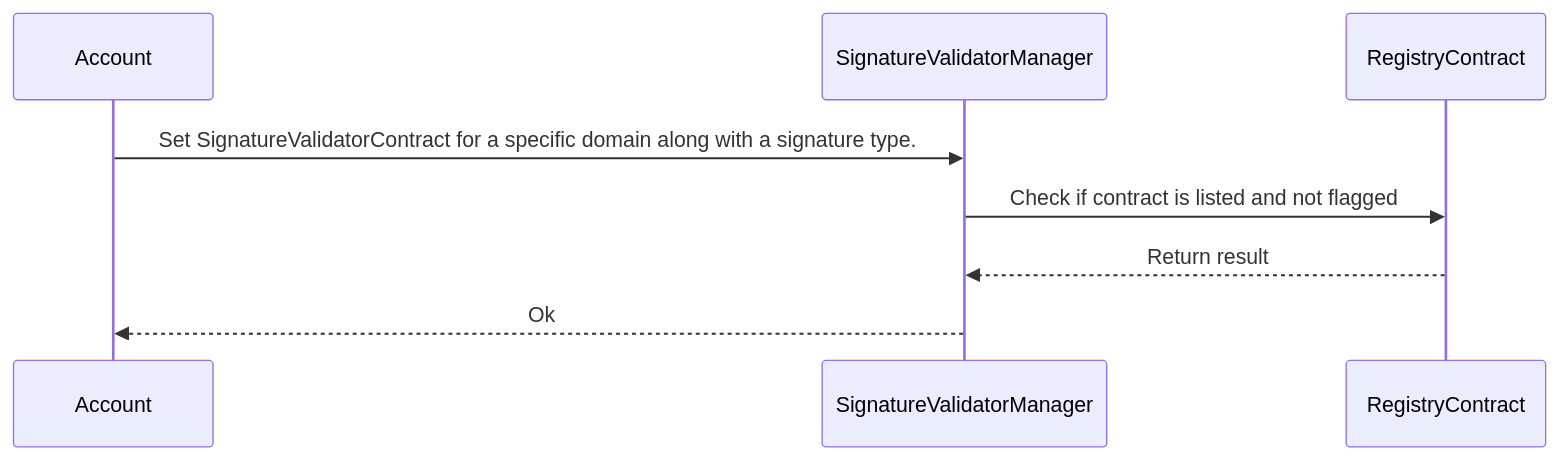
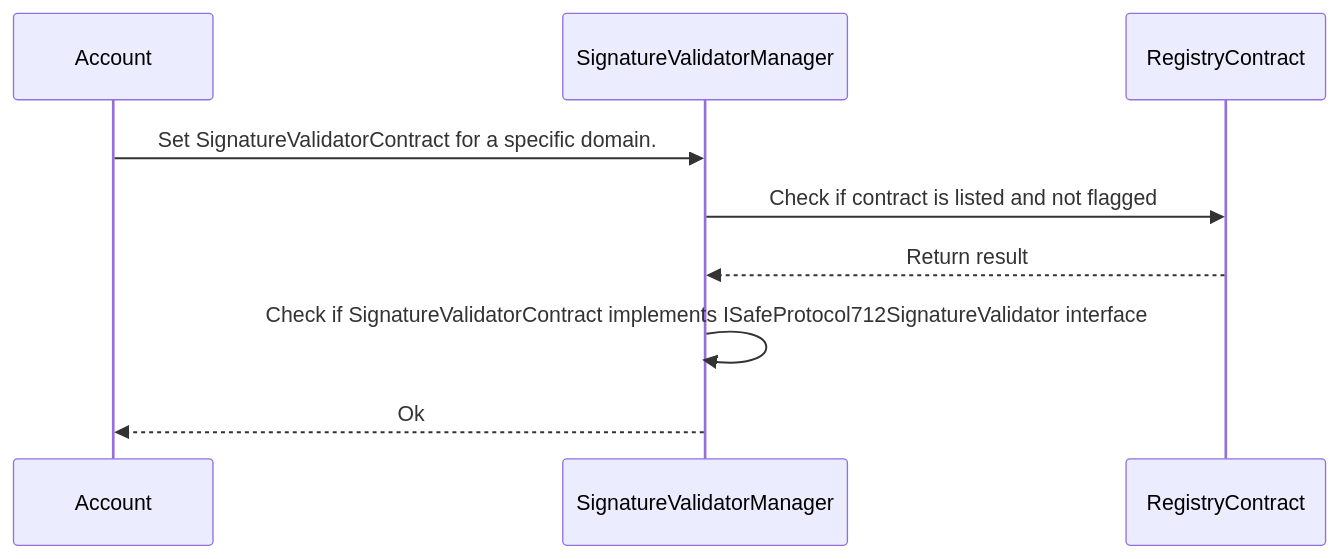
Before and after one commit to 5afe/safe-core-protocol-specs: the first of 2 diagrams in modules/README.md, drawn with Mermaid. The commit also changed other lines of this file, not shown here.

Commit message:
[#43] Remove signatureType

````diff
--- a/modules/README.md
+++ b/modules/README.md
@@ -193,11 +184,12 @@
 ```mermaid
 sequenceDiagram
 	participant Account
 	participant SignatureValidatorManager
 	participant RegistryContract
 
-	Account->>SignatureValidatorManager: Set SignatureValidatorContract for a specific domain along with a signature type.
+	Account->>SignatureValidatorManager: Set SignatureValidatorContract for a specific domain.
 		SignatureValidatorManager->>RegistryContract: Check if contract is listed and not flagged
 		RegistryContract-->>SignatureValidatorManager: Return result
+    SignatureValidatorManager->>SignatureValidatorManager: Check if SignatureValidatorContract implements ISafeProtocol712SignatureValidator interface
     SignatureValidatorManager-->>Account: Ok
 ```
````
